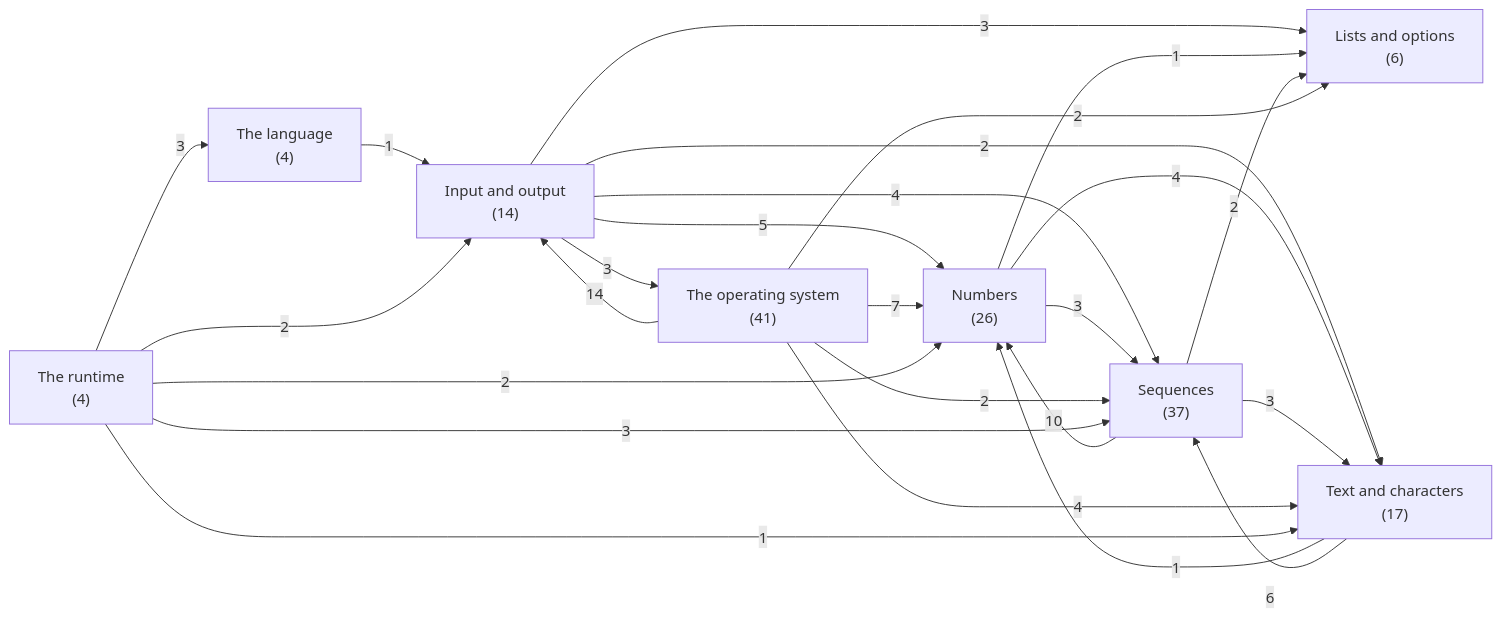
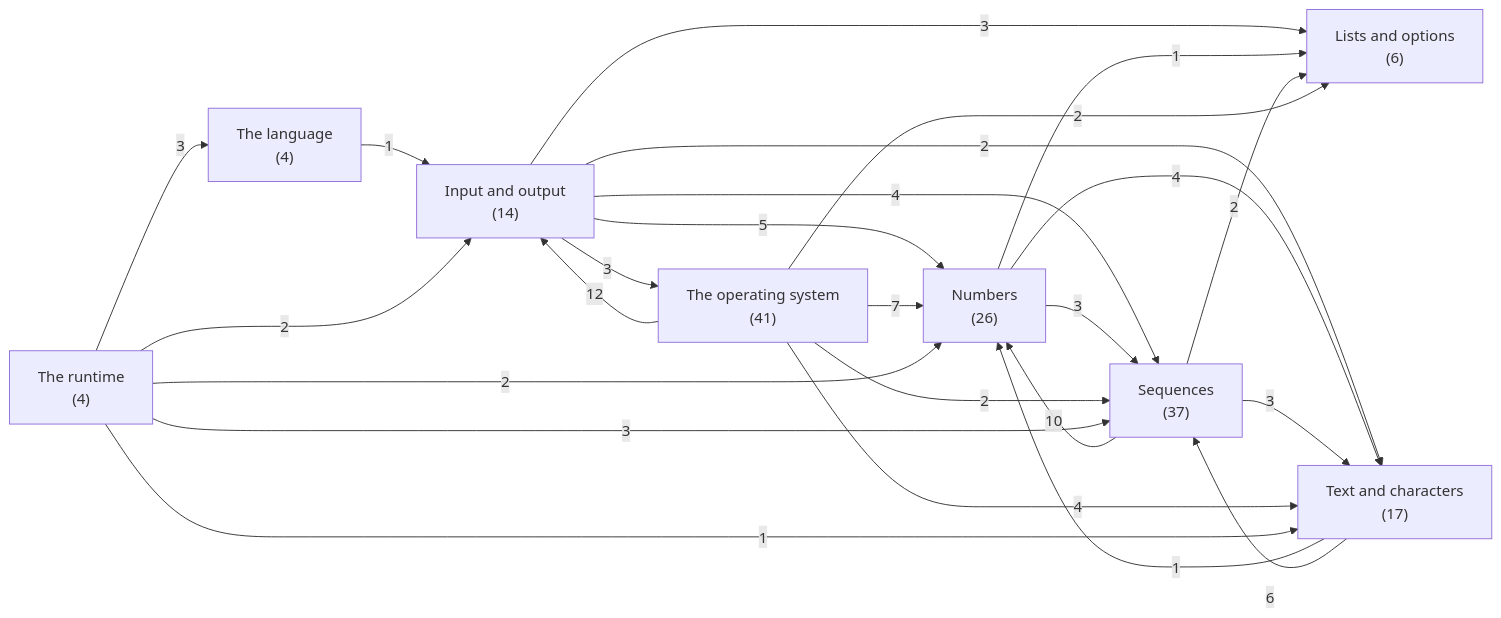
The first of 9 diagrams in docs/generated/basis/depends.md (ruudkoot/rune), drawn with Mermaid before and after one commit. The commit also changed other lines of this file and 15 other files, not shown here.

````diff
--- a/docs/generated/basis/depends.md
+++ b/docs/generated/basis/depends.md
@@ -24,35 +24,35 @@
 ```mermaid
 flowchart LR
   a0["The language<br>(4)"]
   a1["Text and characters<br>(17)"]
   a2["Lists and options<br>(6)"]
   a3["Numbers<br>(26)"]
   a4["Sequences<br>(37)"]
   a5["The operating system<br>(41)"]
   a6["Input and output<br>(14)"]
   a7["The runtime<br>(4)"]
   a6 -- 3 --> a2
   a6 -- 5 --> a3
   a6 -- 4 --> a4
   a6 -- 2 --> a1
   a6 -- 3 --> a5
   a3 -- 1 --> a2
   a3 -- 3 --> a4
   a3 -- 4 --> a1
   a4 -- 2 --> a2
   a4 -- 10 --> a3
   a4 -- 3 --> a1
   a1 -- 1 --> a3
   a1 -- 6 --> a4
   a0 -- 1 --> a6
-  a5 -- 14 --> a6
+  a5 -- 12 --> a6
   a5 -- 2 --> a2
   a5 -- 7 --> a3
   a5 -- 2 --> a4
   a5 -- 4 --> a1
   a7 -- 2 --> a6
   a7 -- 2 --> a3
   a7 -- 3 --> a4
   a7 -- 1 --> a1
   a7 -- 3 --> a0
 ```
````
